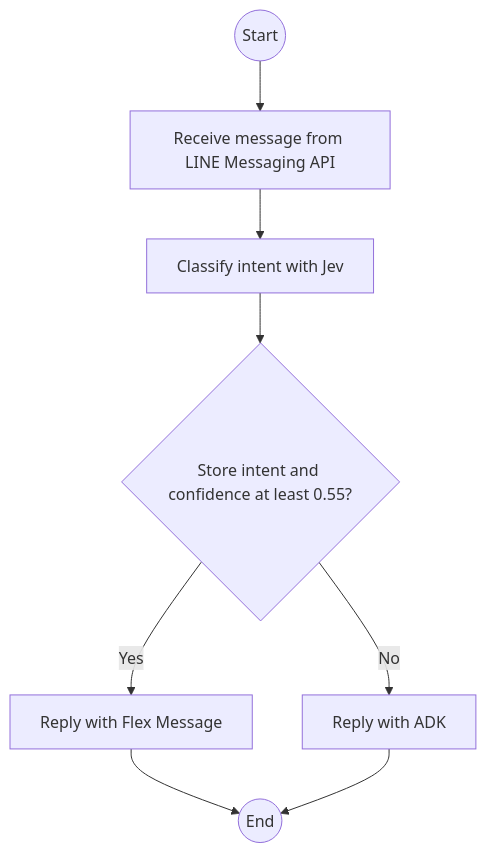
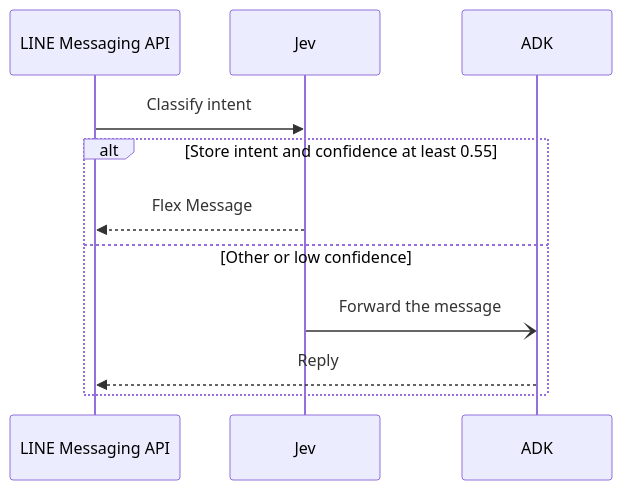
Before and after one commit to punsiriboo/line-chatbot-jev: the diagram in README.md, drawn with Mermaid.

Commit message:
Show the message flow as a sequence diagram.

````diff
--- a/README.md
+++ b/README.md
@@ -9,10 +9,13 @@
 ```mermaid
-flowchart TD
-    start((Start)) --> line[Receive message from LINE Messaging API]
-    line --> jev[Classify intent with Jev]
-    jev --> choice{Store intent and confidence at least 0.55?}
-    choice -->|Yes| flex[Reply with Flex Message]
-    choice -->|No| adk[Reply with ADK]
-    flex --> stop((End))
-    adk --> stop
+sequenceDiagram
+    participant Line as LINE Messaging API
+    participant Jev
+    participant ADK
+    Line->>Jev: Classify intent
+    alt Store intent and confidence at least 0.55
+        Jev-->>Line: Flex Message
+    else Other or low confidence
+        Jev-)ADK: Forward the message
+        ADK-->>Line: Reply
+    end
 ```
````
